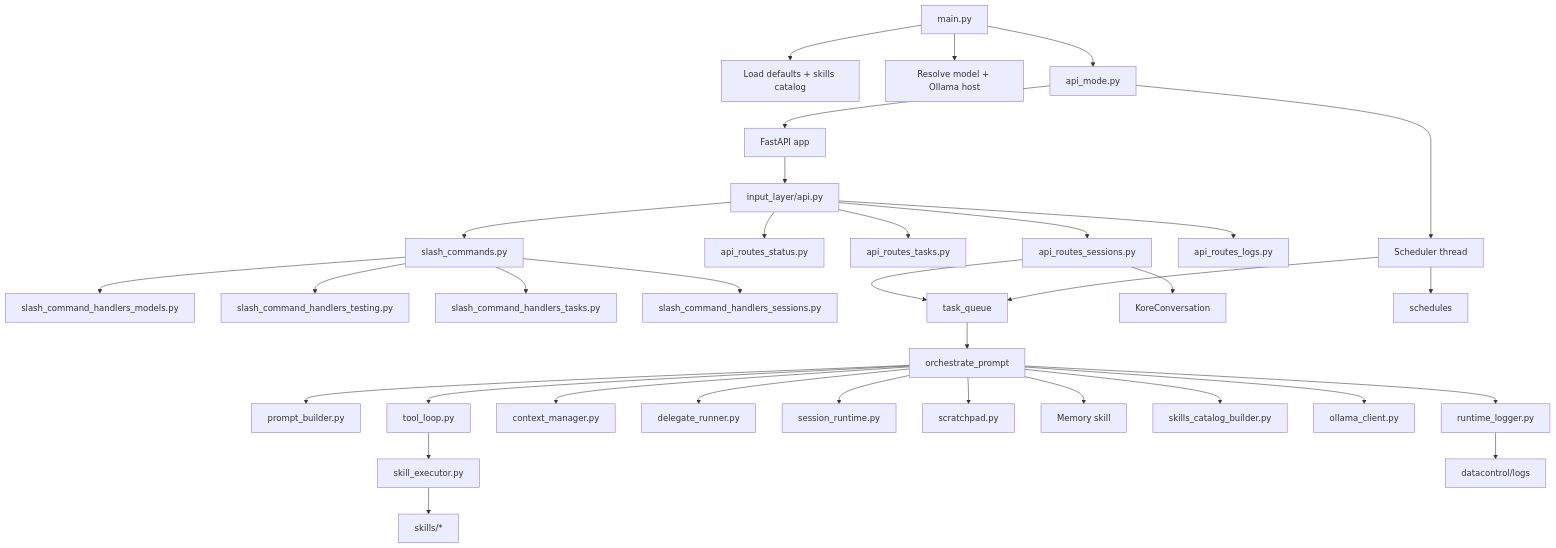
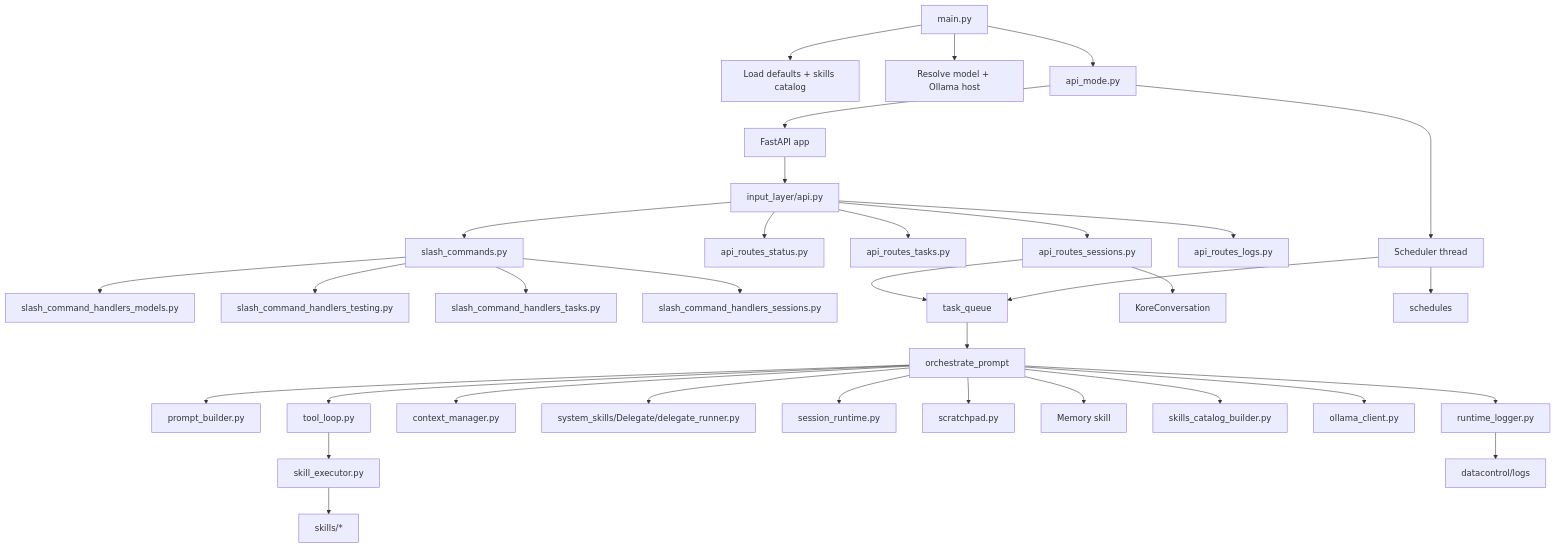
Before and after one commit to DaveSteadman/MiniAgentFramework: the diagram in README_DEVS.md, drawn with Mermaid. The commit also changed other lines of this file and 66 other files, not shown here.

Commit message:
Skill Org // MCP Client // Code Review // Conversation Architecture

````diff
--- a/README_DEVS.md
+++ b/README_DEVS.md
@@ -27,45 +27,45 @@
 ```mermaid
 flowchart TD
     A[main.py] --> B[Load defaults + skills catalog]
     A --> C[Resolve model + Ollama host]
     A --> D[api_mode.py]
 
     D --> E[FastAPI app]
     D --> F[Scheduler thread]
 
     E --> G[input_layer/api.py]
     G --> G1[api_routes_status.py]
     G --> G2[api_routes_tasks.py]
     G --> G3[api_routes_sessions.py]
     G --> G4[api_routes_logs.py]
     G --> H[slash_commands.py]
     H --> H1[slash_command_handlers_models.py]
     H --> H2[slash_command_handlers_testing.py]
     H --> H3[slash_command_handlers_tasks.py]
     H --> H4[slash_command_handlers_sessions.py]
 
     G3 --> Q[task_queue]
     F --> Q
 
     Q --> R[orchestrate_prompt]
 
     R --> R1[prompt_builder.py]
     R --> R2[tool_loop.py]
     R --> R3[context_manager.py]
-    R --> R4[delegate_runner.py]
+    R --> R4[system_skills/Delegate/delegate_runner.py]
     R --> R5[session_runtime.py]
 
     R2 --> S[skill_executor.py]
     S --> T[skills/*]
 
     R --> U[scratchpad.py]
     R --> V[Memory skill]
     R --> W[skills_catalog_builder.py]
     R --> X[ollama_client.py]
 
     R --> Y[runtime_logger.py]
     Y --> Z[datacontrol/logs]
 
     G3 --> AA[KoreConversation]
     F --> AB[schedules]
 ```
````
